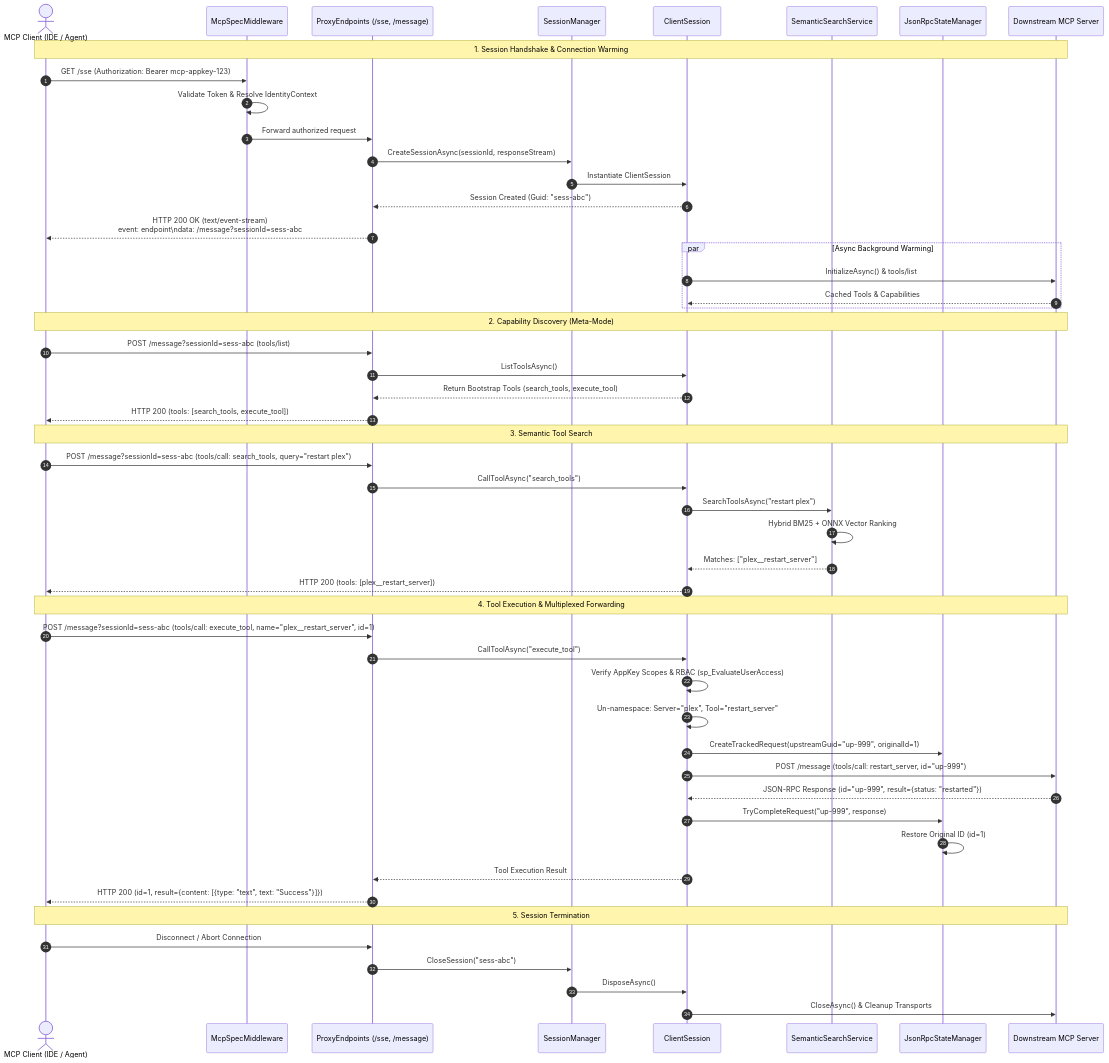
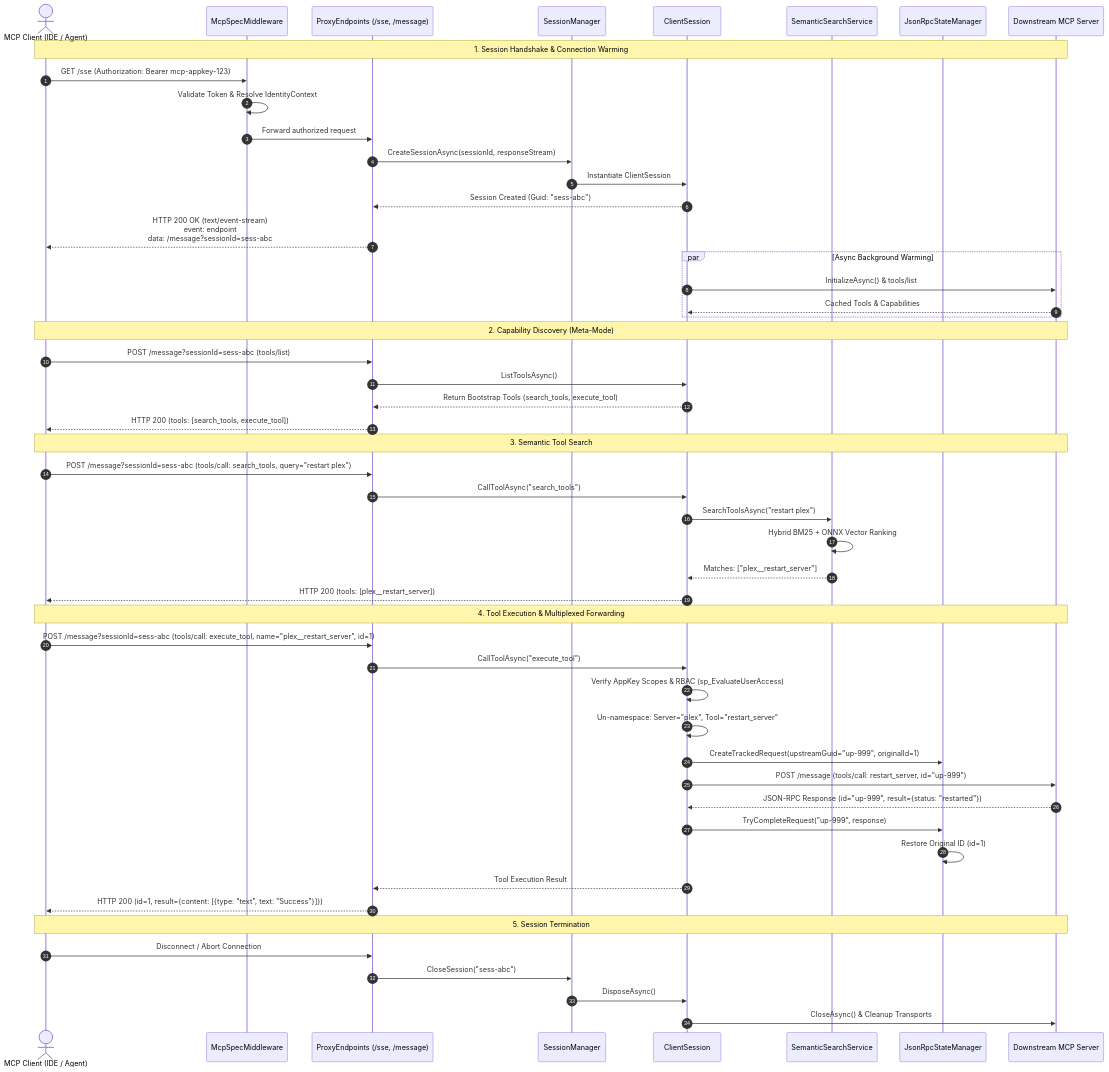
Before and after one commit to spelech/model-context-gateway: the third of 4 diagrams in docs/architecture/routing-and-meta-mode.md, drawn with Mermaid. The commit also changed 7 other files, not shown here.

Commit message:
docs(mermaid): fix node text clipping by aligning measurement font and label line-heights

````diff
--- a/docs/architecture/routing-and-meta-mode.md
+++ b/docs/architecture/routing-and-meta-mode.md
@@ -120,59 +120,59 @@
 ```mermaid
 sequenceDiagram
     autonumber
     actor Client as MCP Client (IDE / Agent)
     participant Edge as McpSpecMiddleware
     participant Proxy as ProxyEndpoints (/sse, /message)
     participant SessionMgr as SessionManager
     participant Session as ClientSession
     participant Search as SemanticSearchService
     participant StateMgr as JsonRpcStateManager
     participant Upstream as Downstream MCP Server
 
     Note over Client,Upstream: 1. Session Handshake & Connection Warming
     Client->>Edge: GET /sse (Authorization: Bearer mcp-appkey-123)
     Edge->>Edge: Validate Token & Resolve IdentityContext
     Edge->>Proxy: Forward authorized request
     Proxy->>SessionMgr: CreateSessionAsync(sessionId, responseStream)
     SessionMgr->>Session: Instantiate ClientSession
     Session-->>Proxy: Session Created (Guid: "sess-abc")
-    Proxy-->>Client: HTTP 200 OK (text/event-stream)<br>event: endpoint\ndata: /message?sessionId=sess-abc
+    Proxy-->>Client: HTTP 200 OK (text/event-stream)<br/>event: endpoint<br/>data: /message?sessionId=sess-abc
     
     par Async Background Warming
         Session->>Upstream: InitializeAsync() & tools/list
         Upstream-->>Session: Cached Tools & Capabilities
     end
 
     Note over Client,Upstream: 2. Capability Discovery (Meta-Mode)
     Client->>Proxy: POST /message?sessionId=sess-abc (tools/list)
     Proxy->>Session: ListToolsAsync()
     Session-->>Proxy: Return Bootstrap Tools (search_tools, execute_tool)
     Proxy-->>Client: HTTP 200 (tools: [search_tools, execute_tool])
 
     Note over Client,Upstream: 3. Semantic Tool Search
     Client->>Proxy: POST /message?sessionId=sess-abc (tools/call: search_tools, query="restart plex")
     Proxy->>Session: CallToolAsync("search_tools")
     Session->>Search: SearchToolsAsync("restart plex")
     Search->>Search: Hybrid BM25 + ONNX Vector Ranking
     Search-->>Session: Matches: ["plex__restart_server"]
     Session-->>Client: HTTP 200 (tools: [plex__restart_server])
 
     Note over Client,Upstream: 4. Tool Execution & Multiplexed Forwarding
     Client->>Proxy: POST /message?sessionId=sess-abc (tools/call: execute_tool, name="plex__restart_server", id=1)
     Proxy->>Session: CallToolAsync("execute_tool")
     Session->>Session: Verify AppKey Scopes & RBAC (sp_EvaluateUserAccess)
     Session->>Session: Un-namespace: Server="plex", Tool="restart_server"
     Session->>StateMgr: CreateTrackedRequest(upstreamGuid="up-999", originalId=1)
     Session->>Upstream: POST /message (tools/call: restart_server, id="up-999")
     Upstream-->>Session: JSON-RPC Response (id="up-999", result={status: "restarted"})
     Session->>StateMgr: TryCompleteRequest("up-999", response)
     StateMgr->>StateMgr: Restore Original ID (id=1)
     Session-->>Proxy: Tool Execution Result
     Proxy-->>Client: HTTP 200 (id=1, result={content: [{type: "text", text: "Success"}]})
 
     Note over Client,Upstream: 5. Session Termination
     Client->>Proxy: Disconnect / Abort Connection
     Proxy->>SessionMgr: CloseSession("sess-abc")
     SessionMgr->>Session: DisposeAsync()
     Session->>Upstream: CloseAsync() & Cleanup Transports
 ```
````
